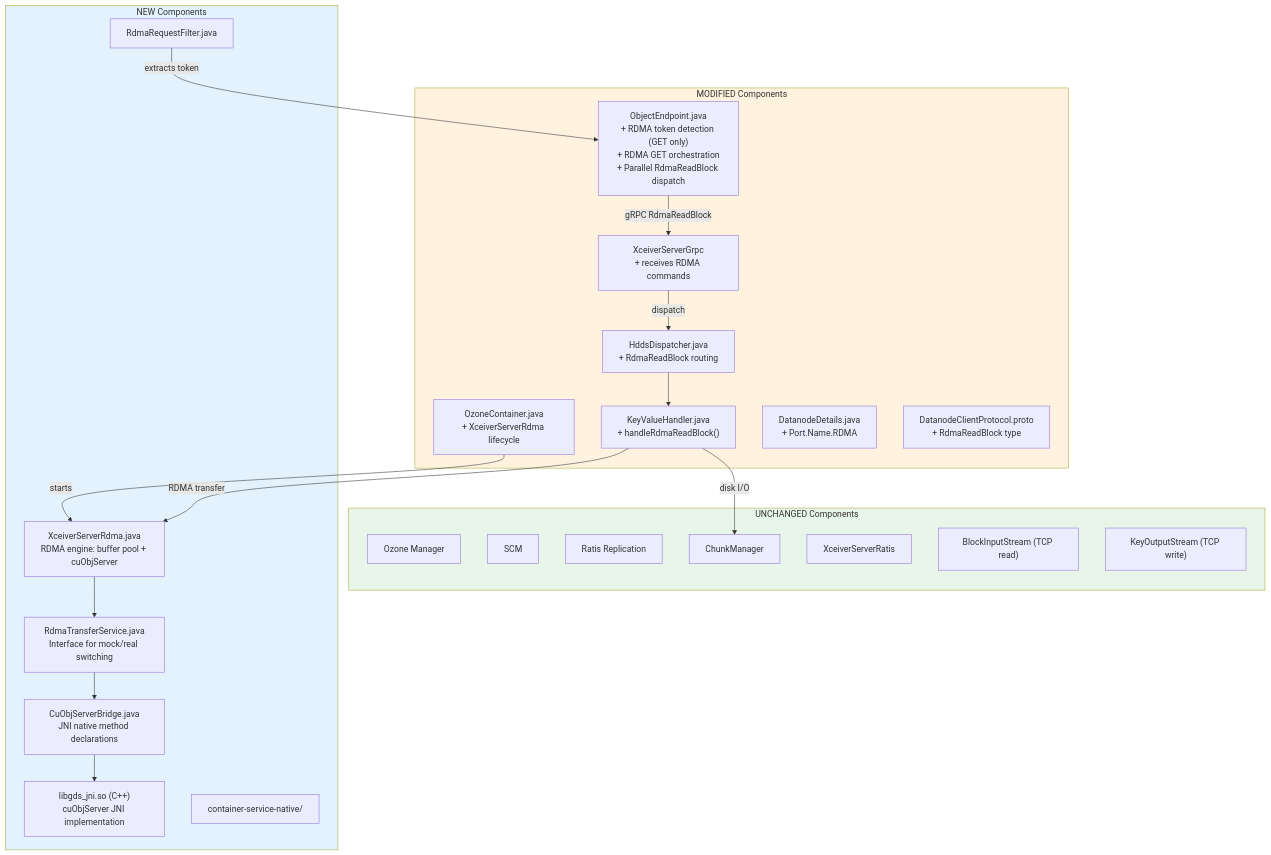
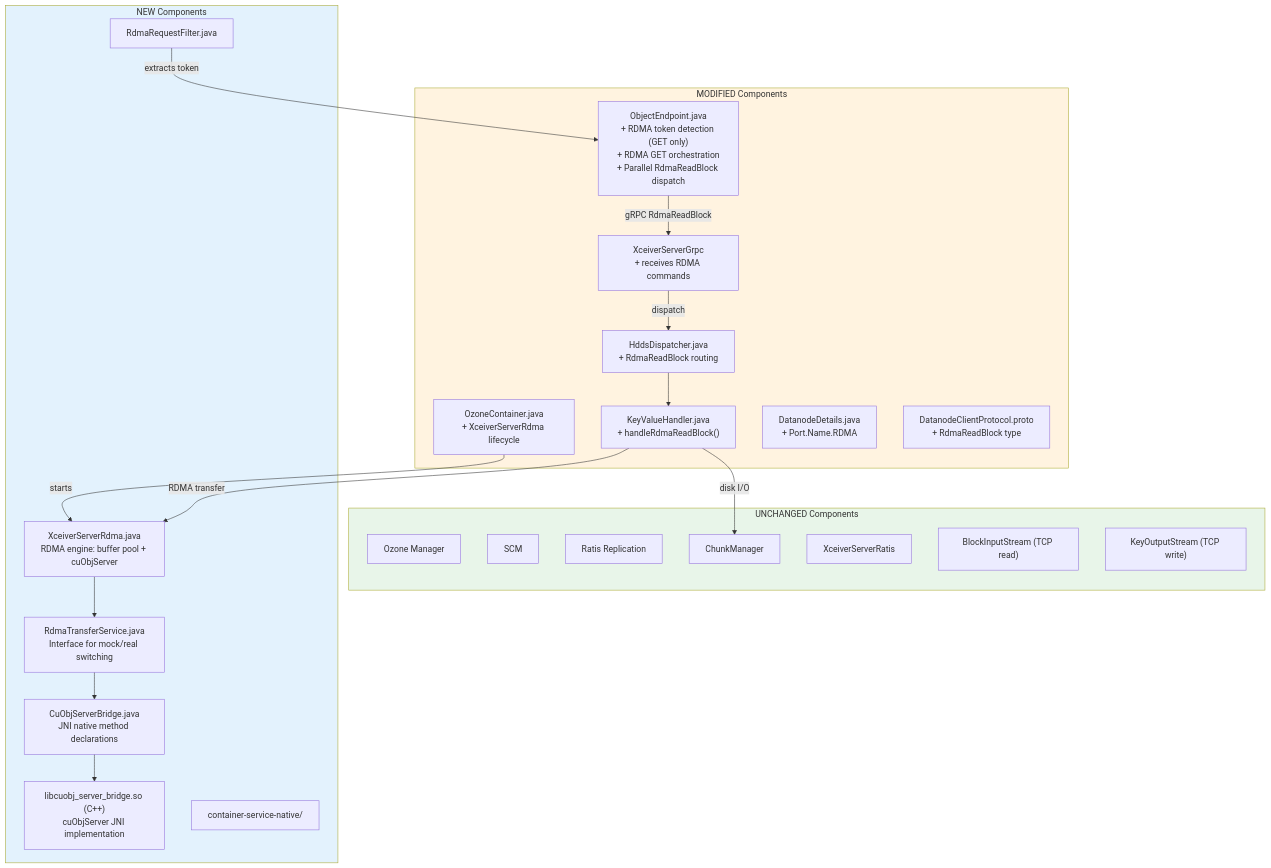
One commit to ptlrs/ozone changed the fifth of 6 diagrams in docs/gds-dn-direct-rdma-implementation-spec.md. Above: the diagram before and after it, drawn with Mermaid. The commit also changed other lines of this file, not shown here.

Commit message:
GPUDIRECT. Update GPUDirect Storage spec to v12.2 with post-v12.1 verification fixes, addressing architectural inconsistencies, RDMA audit-action mapping, Java-library path corrections, checksum handling toggles, container byte stats parity, and runtime build-path updates

````diff
--- a/docs/gds-dn-direct-rdma-implementation-spec.md
+++ b/docs/gds-dn-direct-rdma-implementation-spec.md
@@ -577,43 +613,43 @@
 ```mermaid
 flowchart TB
   subgraph Unchanged["UNCHANGED Components"]
     style Unchanged fill:#e8f5e9
     OM["Ozone Manager"]
     SCM["SCM"]
     Ratis["Ratis Replication"]
     CM["ChunkManager"]
     RatisXceiver["XceiverServerRatis"]
     BlockInputStream["BlockInputStream (TCP read)"]
     KeyOutputStream["KeyOutputStream (TCP write)"]
   end
 
   subgraph Modified["MODIFIED Components"]
     style Modified fill:#fff3e0
     ObjectEndpoint["ObjectEndpoint.java<br/>+ RDMA token detection (GET only)<br/>+ RDMA GET orchestration<br/>+ Parallel RdmaReadBlock dispatch"]
     OzoneContainer["OzoneContainer.java<br/>+ XceiverServerRdma lifecycle"]
     HddsDispatcher["HddsDispatcher.java<br/>+ RdmaReadBlock routing"]
     KVHandler["KeyValueHandler.java<br/>+ handleRdmaReadBlock()"]
     GrpcXceiver["XceiverServerGrpc<br/>+ receives RDMA commands"]
     DatanodeDetails["DatanodeDetails.java<br/>+ Port.Name.RDMA"]
     Proto["DatanodeClientProtocol.proto<br/>+ RdmaReadBlock type"]
   end
 
   subgraph New["NEW Components"]
     style New fill:#e3f2fd
     XceiverRdma["XceiverServerRdma.java<br/>RDMA engine: buffer pool + cuObjServer"]
     RdmaService["RdmaTransferService.java<br/>Interface for mock/real switching"]
     JNIBridge["CuObjServerBridge.java<br/>JNI native method declarations"]
-    NativeLib["libgds_jni.so (C++)<br/>cuObjServer JNI implementation"]
+    NativeLib["libcuobj_server_bridge.so (C++)<br/>cuObjServer JNI implementation"]
     RdmaFilter["RdmaRequestFilter.java"]
     NativeModule["container-service-native/"]
   end
 
   ObjectEndpoint -->|" gRPC RdmaReadBlock "| GrpcXceiver
   GrpcXceiver -->|" dispatch "| HddsDispatcher
   HddsDispatcher --> KVHandler
   KVHandler -->|" disk I/O "| CM
   KVHandler -->|" RDMA transfer "| XceiverRdma
   XceiverRdma --> RdmaService --> JNIBridge --> NativeLib
   OzoneContainer -->|" starts "| XceiverRdma
   RdmaFilter -->|" extracts token "| ObjectEndpoint
 ```
````
